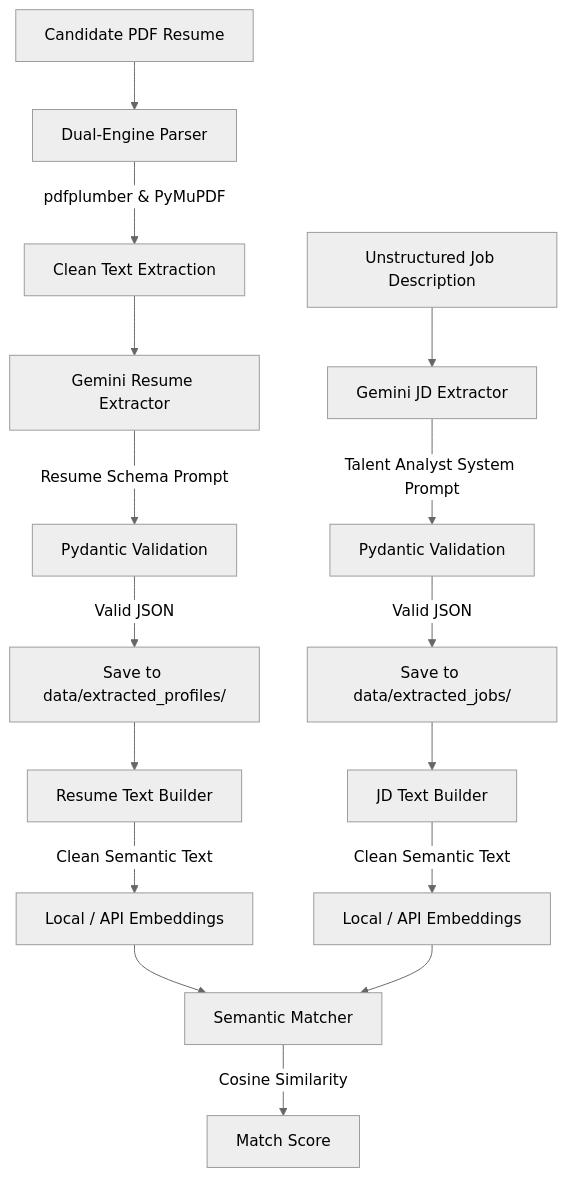
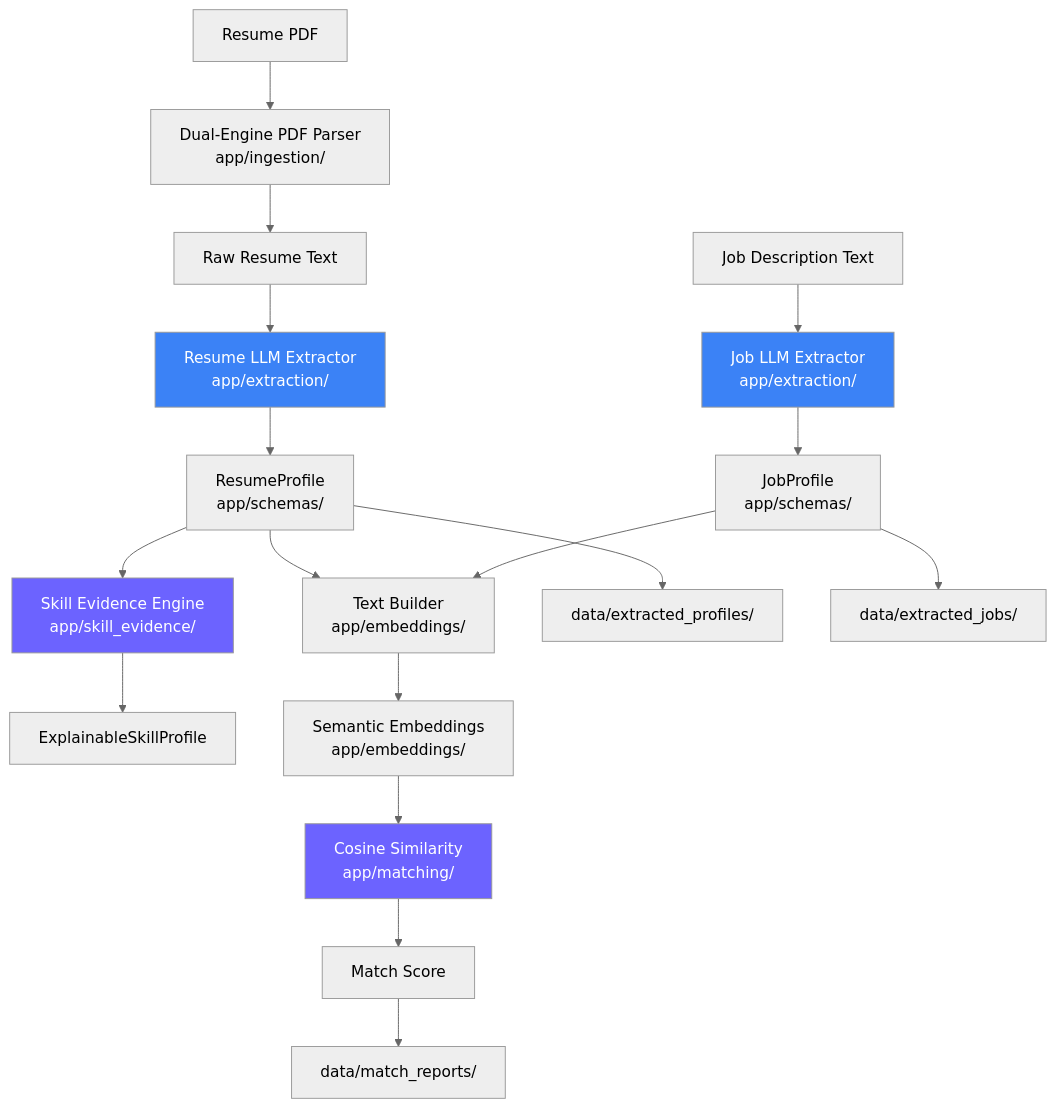
One commit to nishantprasadNP/AI-RECRUITMENT-MODEL changed the diagram in README.md. Above: the diagram before and after it, drawn with Mermaid (neutral theme). The commit also changed other lines of this file and 100 other files, not shown here.

````diff
--- a/README.md
+++ b/README.md
@@ -48,23 +39,28 @@
 ```mermaid
 graph TD
-    %% Resume Pipeline
-    A1[Candidate PDF Resume] --> B1[Dual-Engine Parser]
-    B1 -->|pdfplumber & PyMuPDF| C1[Clean Text Extraction]
-    C1 --> D1[Gemini Resume Extractor]
-    D1 -->|Resume Schema Prompt| E1[Pydantic Validation]
-    E1 -->|Valid JSON| F1[Save to data/extracted_profiles/]
+    A[Resume PDF] --> B[Dual-Engine PDF Parser\napp/ingestion/]
+    B --> C[Raw Resume Text]
+    C --> D[Resume LLM Extractor\napp/extraction/]
+    D --> E[ResumeProfile\napp/schemas/]
     
-    %% JD Pipeline
-    A2[Unstructured Job Description] --> B2[Gemini JD Extractor]
-    B2 -->|Talent Analyst System Prompt| C2[Pydantic Validation]
-    C2 -->|Valid JSON| D2[Save to data/extracted_jobs/]
+    F[Job Description Text] --> G[Job LLM Extractor\napp/extraction/]
+    G --> H[JobProfile\napp/schemas/]
 
-    %% Embedding & Matcher Pipeline
-    F1 --> G1[Resume Text Builder]
-    D2 --> G2[JD Text Builder]
-    G1 -->|Clean Semantic Text| H1[Local / API Embeddings]
-    G2 -->|Clean Semantic Text| H2[Local / API Embeddings]
-    H1 --> I1[Semantic Matcher]
-    H2 --> I1
-    I1 -->|Cosine Similarity| J1[Match Score]
+    E --> I[Skill Evidence Engine\napp/skill_evidence/]
+    I --> J[ExplainableSkillProfile]
+
+    E --> K[Text Builder\napp/embeddings/]
+    H --> K
+    K --> L[Semantic Embeddings\napp/embeddings/]
+    L --> M[Cosine Similarity\napp/matching/]
+    M --> N[Match Score]
+
+    E --> O[data/extracted_profiles/]
+    H --> P[data/extracted_jobs/]
+    N --> Q[data/match_reports/]
+
+    style I fill:#6c63ff,color:#fff
+    style M fill:#6c63ff,color:#fff
+    style D fill:#3b82f6,color:#fff
+    style G fill:#3b82f6,color:#fff
 ```
````
